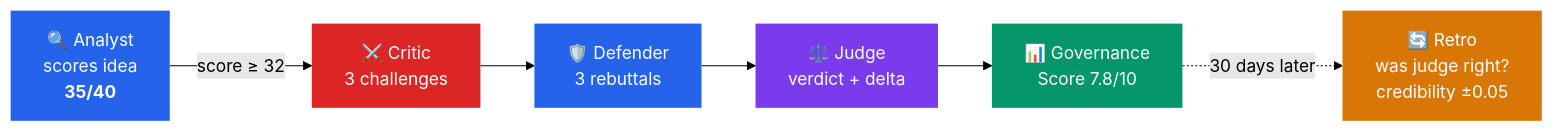
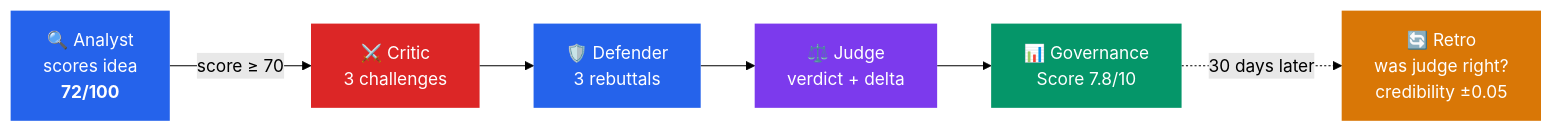
Before and after one commit to AgentPolis/agent-constitution: the diagram in README.md, drawn with Mermaid (forest theme). The commit also changed other lines of this file and 30 other files, not shown here.

Commit message:
feat: add document-driven demos and harden governance flows

````diff
--- a/README.md
+++ b/README.md
@@ -9,15 +9,15 @@
 ```mermaid
 flowchart LR
-    A["🔍 Analyst<br/>scores idea<br/><b>35/40</b>"] -->|"score ≥ 32"| B["⚔️ Critic<br/>3 challenges"]
+    A["🔍 Analyst<br/>scores idea<br/><b>72/100</b>"] -->|"score ≥ 70"| B["⚔️ Critic<br/>3 challenges"]
     B --> C["🛡️ Defender<br/>3 rebuttals"]
     C --> D["⚖️ Judge<br/>verdict + delta"]
     D --> E["📊 Governance<br/>Score 7.8/10"]
     E -.->|"30 days later"| F["🔄 Retro<br/>was judge right?<br/>credibility ±0.05"]
 
     style A fill:#2563eb,color:#fff,stroke:none
     style B fill:#dc2626,color:#fff,stroke:none
     style C fill:#2563eb,color:#fff,stroke:none
     style D fill:#7c3aed,color:#fff,stroke:none
     style E fill:#059669,color:#fff,stroke:none
     style F fill:#d97706,color:#fff,stroke:none
 ```
````
